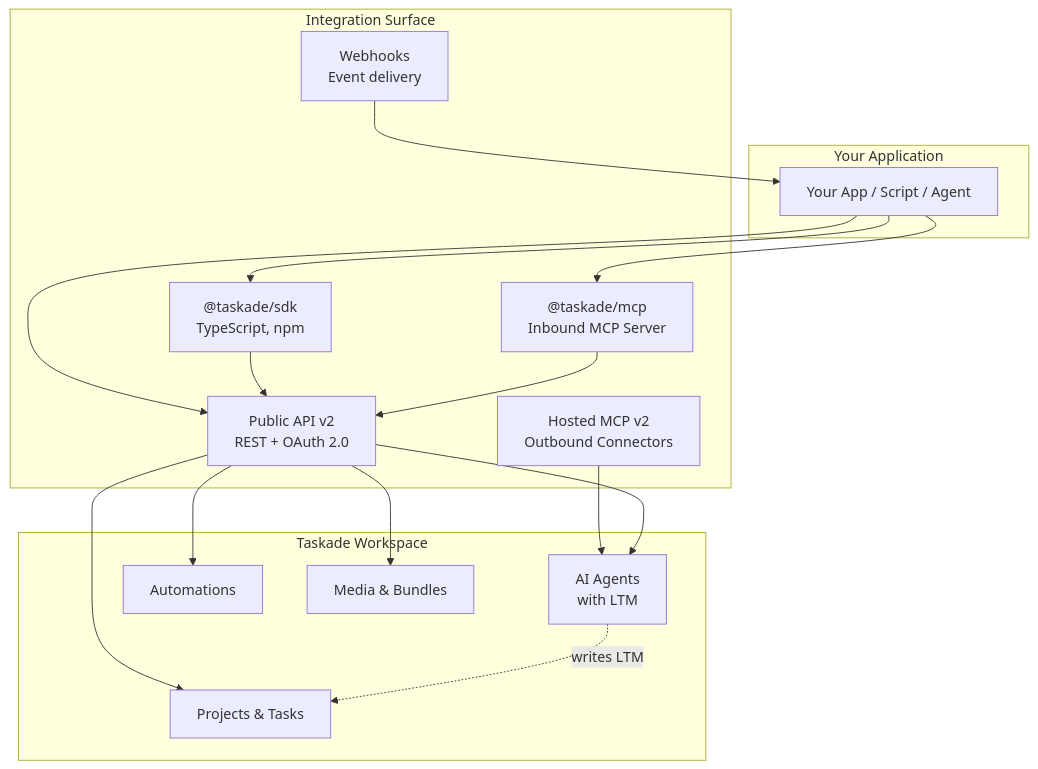
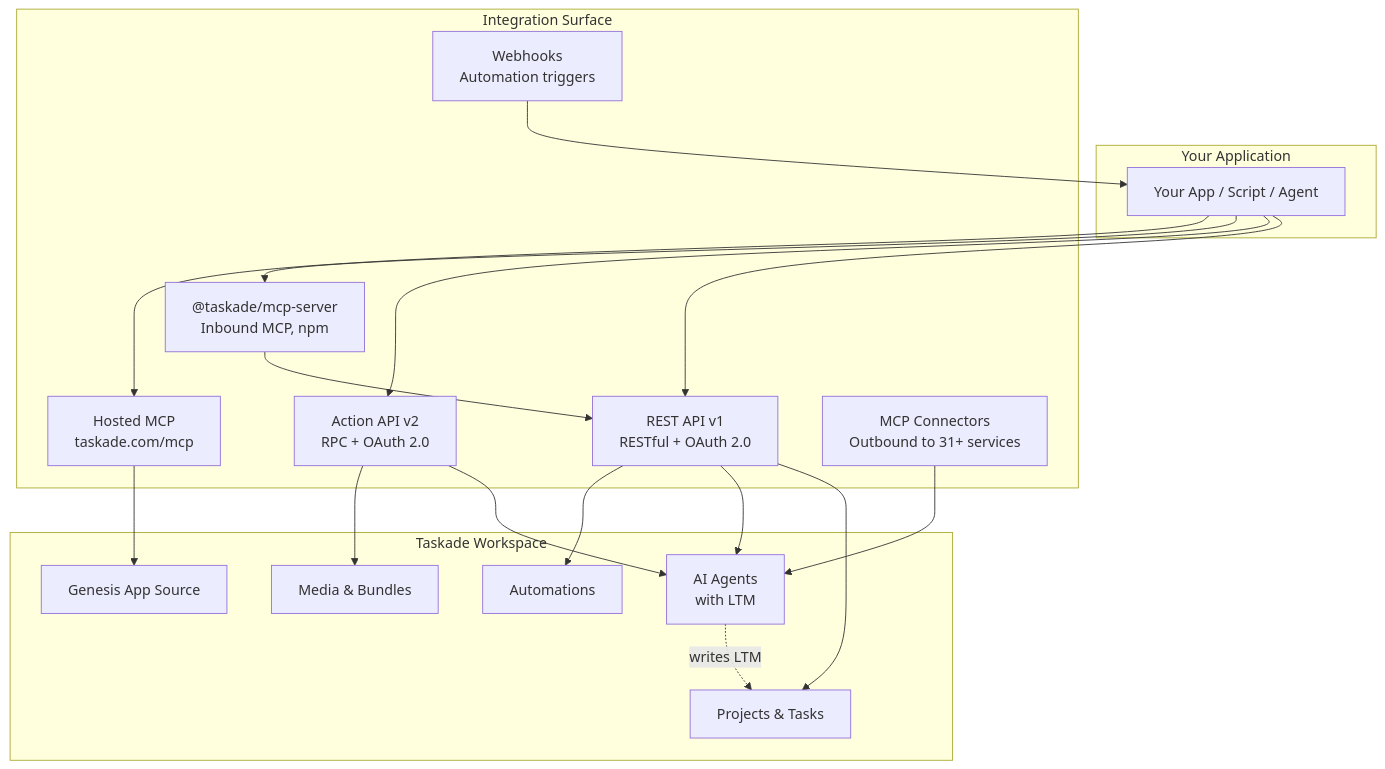
The diagram in apis-living-system-development/developer-home.md (taskade/docs), drawn with Mermaid before and after one commit. The commit also changed other lines of this file and 14 other files, not shown here.

Commit message:
docs: developer platform accuracy — v1/v2 APIs, MCP, SDK, auth + developer-first nav (#56)

````diff
--- a/apis-living-system-development/developer-home.md
+++ b/apis-living-system-development/developer-home.md
@@ -11,37 +11,41 @@
 ```mermaid
 graph TB
     subgraph "Your Application"
         APP[Your App / Script / Agent]
     end
 
     subgraph "Integration Surface"
-        SDK["@taskade/sdk<br/>TypeScript, npm"]
-        API[Public API v2<br/>REST + OAuth 2.0]
-        MCP_IN["@taskade/mcp<br/>Inbound MCP Server"]
-        MCP_OUT[Hosted MCP v2<br/>Outbound Connectors]
-        WEBHOOK[Webhooks<br/>Event delivery]
+        API1[REST API v1<br/>RESTful + OAuth 2.0]
+        API2[Action API v2<br/>RPC + OAuth 2.0]
+        MCP_IN["@taskade/mcp-server<br/>Inbound MCP, npm"]
+        MCP_HOST[Hosted MCP<br/>taskade.com/mcp]
+        MCP_OUT[MCP Connectors<br/>Outbound to 31+ services]
+        WEBHOOK[Webhooks<br/>Automation triggers]
     end
 
     subgraph "Taskade Workspace"
         PROJECTS[Projects & Tasks]
         AGENTS[AI Agents<br/>with LTM]
         AUTOMATIONS[Automations]
         MEDIA[Media & Bundles]
+        APP_SRC[Genesis App Source]
     end
 
-    APP --> SDK
-    APP --> API
+    APP --> API1
+    APP --> API2
     APP --> MCP_IN
+    APP --> MCP_HOST
     WEBHOOK --> APP
 
-    SDK --> API
-    MCP_IN --> API
+    MCP_IN --> API1
+    MCP_HOST --> APP_SRC
     MCP_OUT --> AGENTS
 
-    API --> PROJECTS
-    API --> AGENTS
-    API --> AUTOMATIONS
-    API --> MEDIA
+    API1 --> PROJECTS
+    API1 --> AGENTS
+    API2 --> AGENTS
+    API2 --> MEDIA
+    API1 --> AUTOMATIONS
 
     AGENTS -.writes LTM.-> PROJECTS
 ```
````
